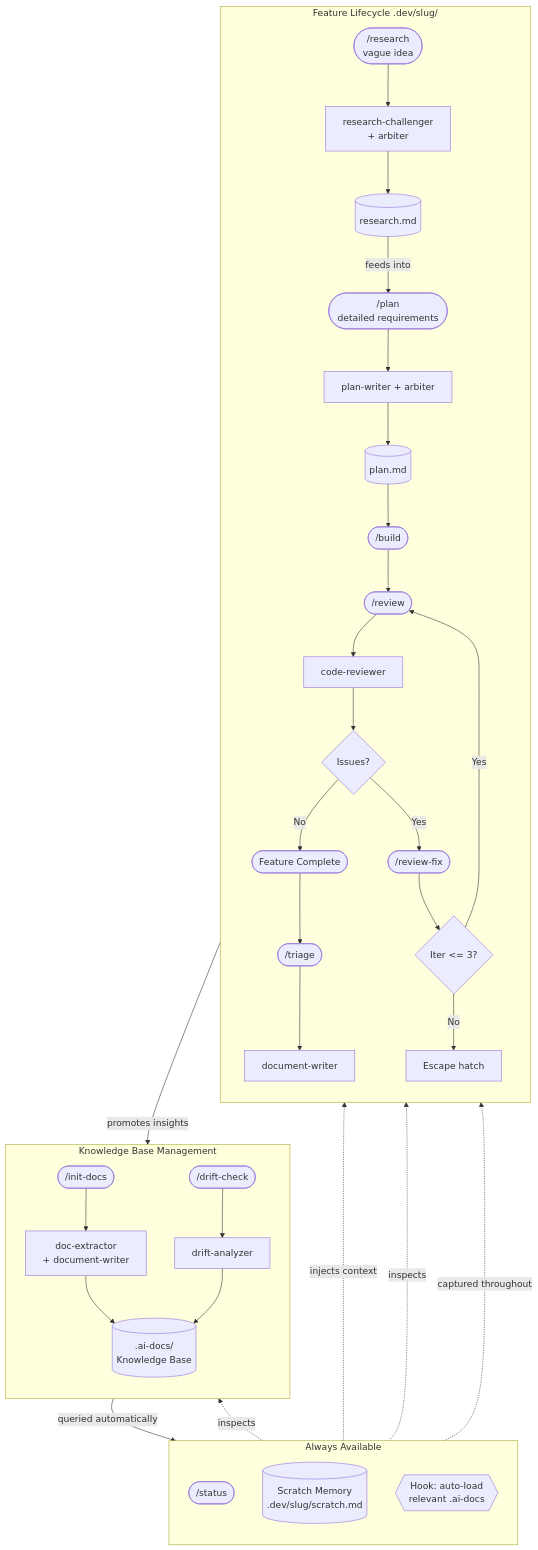
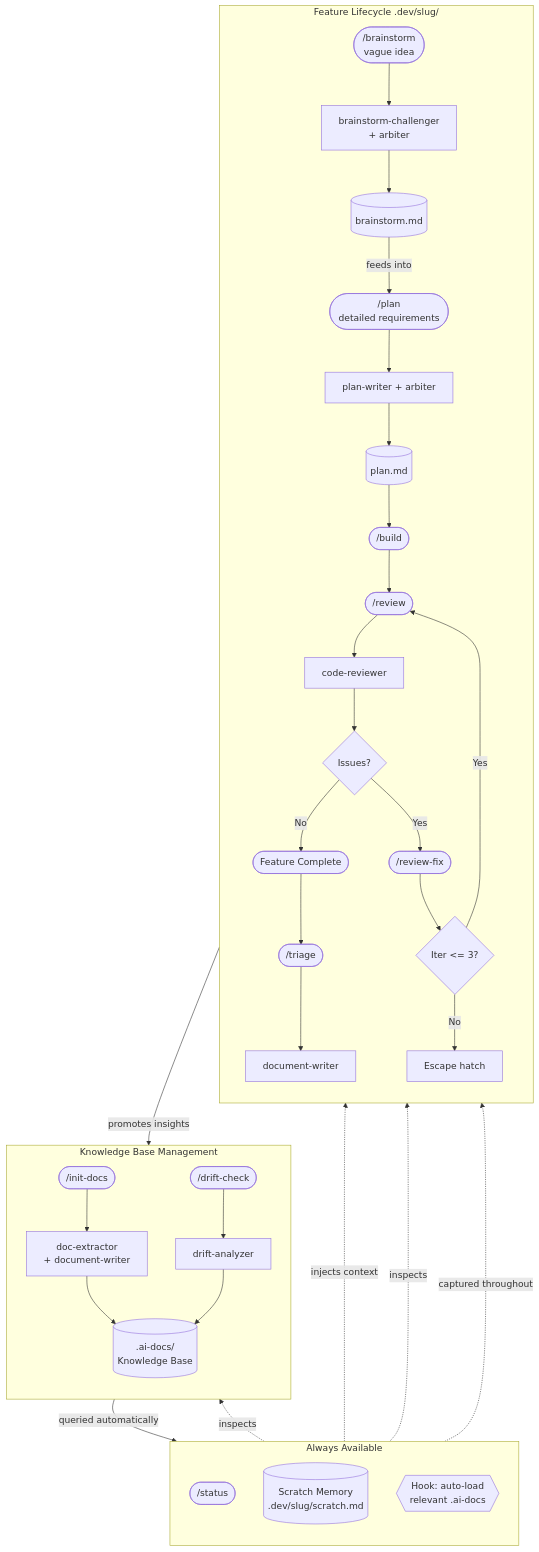
Before and after one commit to BigStretchAlex/loadout: the diagram in docs/flow.md, drawn with Mermaid. The commit also changed 3 other files, not shown here.

Commit message:
refactor: rename research step to brainstorm

````diff
--- a/docs/flow.md
+++ b/docs/flow.md
@@ -1,58 +1,58 @@
 ``` mermaid 
 flowchart TD
     subgraph ALWAYS["Always Available"]
         direction TB
         STATUS(["/status"])
         SCRATCH[("Scratch Memory\n.dev/slug/scratch.md")]
         HOOK{{"Hook: auto-load\nrelevant .ai-docs"}}
     end
 
     subgraph KB["Knowledge Base Management"]
         direction TB
         INIT(["/init-docs"])
         DRIFT(["/drift-check"])
         AIDOCS[(".ai-docs/\nKnowledge Base")]
         INIT_AG["doc-extractor\n+ document-writer"]
         DRIFT_AG["drift-analyzer"]
         INIT --> INIT_AG --> AIDOCS
         DRIFT --> DRIFT_AG --> AIDOCS
     end
 
     subgraph FL["Feature Lifecycle  .dev/slug/"]
         direction TB
-        ENTRY_A(["/research\nvague idea"])
+        ENTRY_A(["/brainstorm\nvague idea"])
         ENTRY_B(["/plan\ndetailed requirements"])
-        RES_AG["research-challenger\n+ arbiter"]
+        RES_AG["brainstorm-challenger\n+ arbiter"]
         PLAN_AG["plan-writer + arbiter"]
-        RESEARCH_OUT[("research.md")]
+        BRAINSTORM_OUT[("brainstorm.md")]
         PLAN_OUT[("plan.md")]
         BUILD(["/build"])
         REVIEW(["/review"])
         REV_AG["code-reviewer"]
         DECISION{Issues?}
         REVIEW_FIX(["/review-fix"])
         ITER{Iter <= 3?}
         ESCAPE["Escape hatch"]
         COMPLETE(["Feature Complete"])
         TRIAGE(["/triage"])
         TRIAGE_AG["document-writer"]
 
-        ENTRY_A --> RES_AG --> RESEARCH_OUT
-        RESEARCH_OUT -->|feeds into| ENTRY_B
+        ENTRY_A --> RES_AG --> BRAINSTORM_OUT
+        BRAINSTORM_OUT -->|feeds into| ENTRY_B
         ENTRY_B --> PLAN_AG --> PLAN_OUT
         PLAN_OUT --> BUILD
         BUILD --> REVIEW --> REV_AG --> DECISION
         DECISION -->|No| COMPLETE
         DECISION -->|Yes| REVIEW_FIX --> ITER
         ITER -->|Yes| REVIEW
         ITER -->|No| ESCAPE
         COMPLETE --> TRIAGE --> TRIAGE_AG
     end
 
     AIDOCS -->|queried automatically| HOOK
     HOOK -.->|injects context| FL
     STATUS -.->|inspects| FL
     STATUS -.->|inspects| KB
     SCRATCH -.->|captured throughout| FL
     TRIAGE_AG -->|promotes insights| AIDOCS
 ```
````
